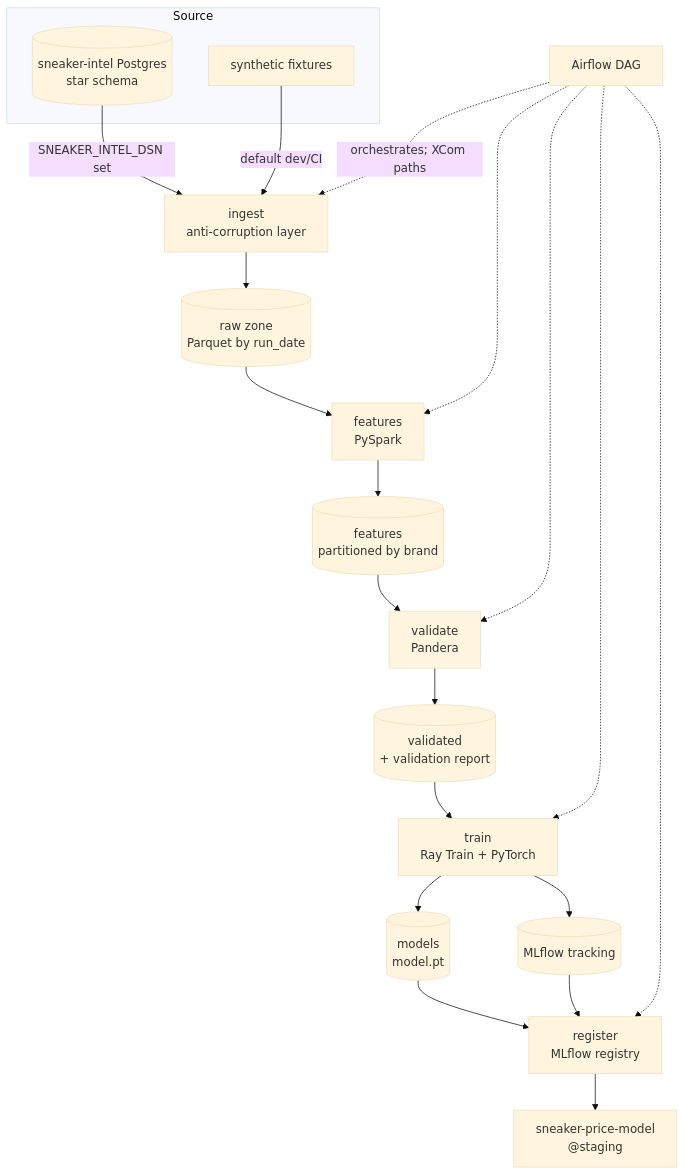
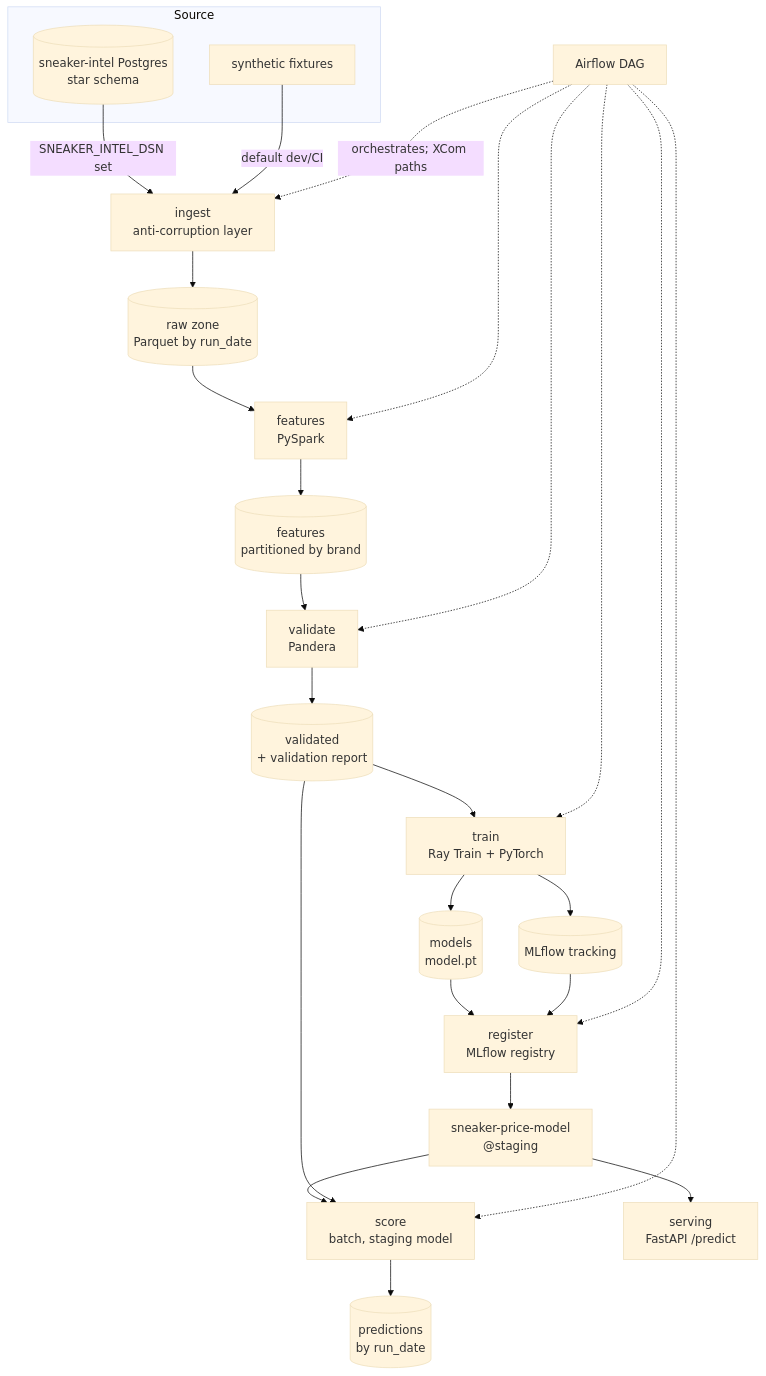
The diagram in docs/architecture.md (smalik-25/ML-Training-Pipeline), drawn with Mermaid (base theme) before and after one commit. The commit also changed other lines of this file and 18 other files, not shown here.

Commit message:
feat: add batch scoring stage and FastAPI serving

````diff
--- a/docs/architecture.md
+++ b/docs/architecture.md
@@ -10,25 +10,30 @@
 ```mermaid
 flowchart TD
     subgraph src["Source"]
       PG[("sneaker-intel Postgres<br/>star schema")]
       FX["synthetic fixtures"]
     end
     PG -->|"SNEAKER_INTEL_DSN set"| I
     FX -->|"default dev/CI"| I
     I["ingest<br/>anti-corruption layer"] --> R[("raw zone<br/>Parquet by run_date")]
     R --> F["features<br/>PySpark"]
     F --> FE[("features<br/>partitioned by brand")]
     FE --> V["validate<br/>Pandera"]
     V --> VD[("validated<br/>+ validation report")]
     VD --> T["train<br/>Ray Train + PyTorch"]
     T --> M[("models<br/>model.pt")]
     T --> ML[("MLflow tracking")]
     M --> RG["register<br/>MLflow registry"]
     ML --> RG
     RG --> AL["sneaker-price-model<br/>@staging"]
+    AL --> SC["score<br/>batch, staging model"]
+    VD --> SC
+    SC --> PR[("predictions<br/>by run_date")]
+    AL --> SV["serving<br/>FastAPI /predict"]
     AIR["Airflow DAG"] -.->|"orchestrates; XCom paths"| I
     AIR -.-> F
     AIR -.-> V
     AIR -.-> T
     AIR -.-> RG
+    AIR -.-> SC
 ```
````
